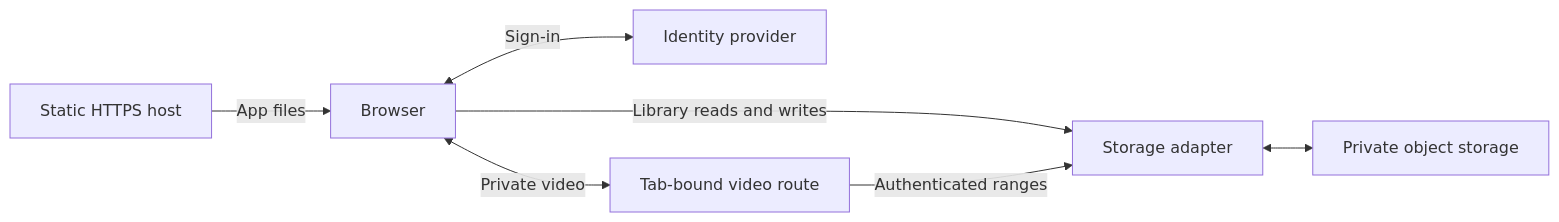
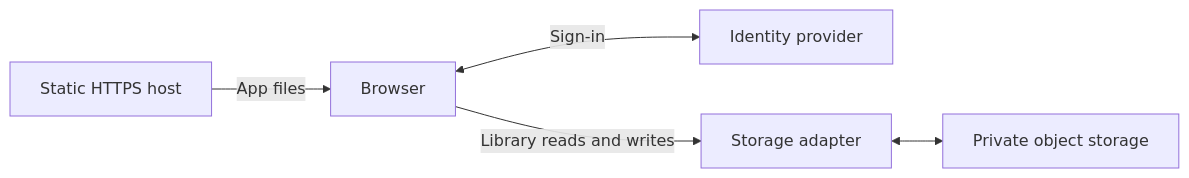
The first of 2 diagrams in docs/prod/architecture.md (ricardocabral/minnelux), drawn with Mermaid before and after one commit. The commit also changed other lines of this file and 5 other files, not shown here.

````diff
--- a/docs/prod/architecture.md
+++ b/docs/prod/architecture.md
@@ -5,9 +5,7 @@
 ```mermaid
 flowchart LR
     Host["Static HTTPS host"] -->|App files| Browser["Browser"]
     Browser <-->|Sign-in| Identity["Identity provider"]
     Browser -->|Library reads and writes| Adapter["Storage adapter"]
-    Browser <-->|Private video| Relay["Tab-bound video route"]
-    Relay -->|Authenticated ranges| Adapter
     Adapter <--> Storage["Private object storage"]
 ```
````
